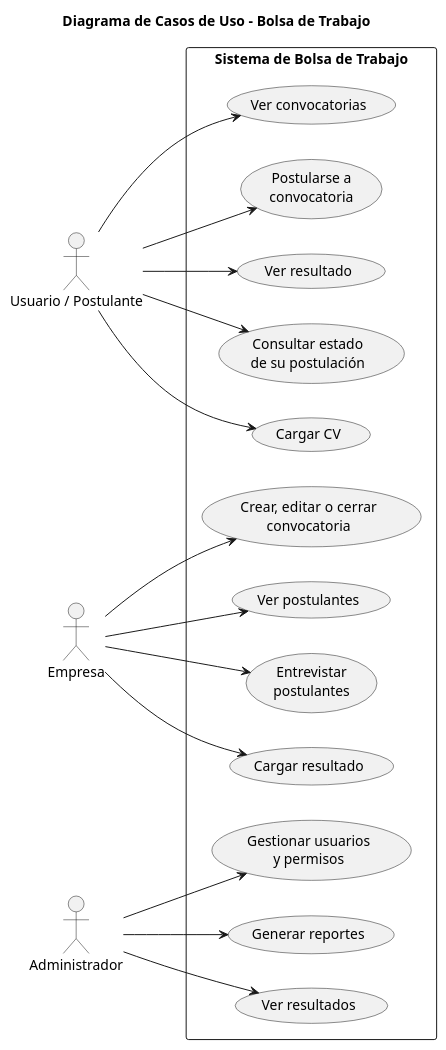
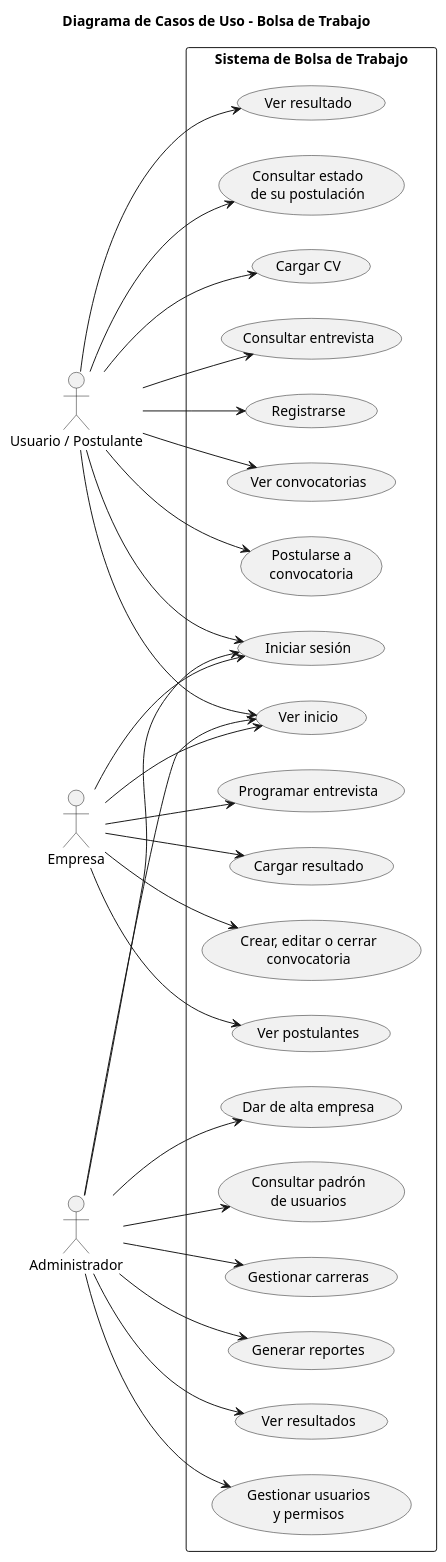
The diagram in diagramas/casos-de-uso.puml (max022oran/eidas.grupo06-gestion-convocatorias-entrevistas-del-terciariourquiza), drawn with PlantUML before and after one commit.

```diff
--- a/diagramas/casos-de-uso.puml
+++ b/diagramas/casos-de-uso.puml
@@ -1,77 +1,102 @@
 @startuml
 
 title Diagrama de Casos de Uso - Bolsa de Trabajo
 
 left to right direction
 
 ' ======================================
 ' ACTORES
 ' ======================================
 
 actor "Usuario / Postulante" as Usuario
 actor "Empresa" as Empresa
 actor "Administrador" as Administrador
 
 rectangle "Sistema de Bolsa de Trabajo" {
 
 ' ======================================
-' CASOS DE USO - USUARIO
+' CASOS DE USO - COMUNES A TODOS LOS ACTORES
 ' ======================================
 
+usecase "Iniciar sesión" as UC13
+usecase "Ver inicio" as UC14
+
+' ======================================
+' CASOS DE USO - USUARIO / POSTULANTE
+' ======================================
+
+usecase "Registrarse" as UC15
 usecase "Ver convocatorias" as UC1
 usecase "Postularse a\nconvocatoria" as UC2
 usecase "Ver resultado" as UC3
 usecase "Consultar estado\nde su postulación" as UC4
 usecase "Cargar CV" as UC5
-
+usecase "Consultar entrevista" as UC16
 
 ' ======================================
 ' CASOS DE USO - EMPRESA
 ' ======================================
 
 usecase "Crear, editar o cerrar\nconvocatoria" as UC6
 usecase "Ver postulantes" as UC7
-usecase "Entrevistar\npostulantes" as UC8
+usecase "Programar entrevista" as UC8
 usecase "Cargar resultado" as UC9
-
 
 ' ======================================
 ' CASOS DE USO - ADMINISTRADOR
 ' ======================================
 
 usecase "Gestionar usuarios\ny permisos" as UC10
+usecase "Dar de alta empresa" as UC17
+usecase "Consultar padrón\nde usuarios" as UC19
+usecase "Gestionar carreras" as UC18
 usecase "Generar reportes" as UC11
 usecase "Ver resultados" as UC12
 
 }
 
 ' ======================================
-' RELACIONES - USUARIO
+' RELACIONES - COMUNES
 ' ======================================
 
+Usuario --> UC13
+Empresa --> UC13
+Administrador --> UC13
+
+Usuario --> UC14
+Empresa --> UC14
+Administrador --> UC14
+
+' ======================================
+' RELACIONES - USUARIO / POSTULANTE
+' ======================================
+
+Usuario --> UC15
 Usuario --> UC1
 Usuario --> UC2
 Usuario --> UC3
 Usuario --> UC4
 Usuario --> UC5
-
+Usuario --> UC16
 
 ' ======================================
 ' RELACIONES - EMPRESA
 ' ======================================
 
 Empresa --> UC6
 Empresa --> UC7
 Empresa --> UC8
 Empresa --> UC9
 
-
 ' ======================================
 ' RELACIONES - ADMINISTRADOR
 ' ======================================
 
 Administrador --> UC10
+Administrador --> UC17
+Administrador --> UC19
+Administrador --> UC18
 Administrador --> UC11
 Administrador --> UC12
 
 @enduml
```
